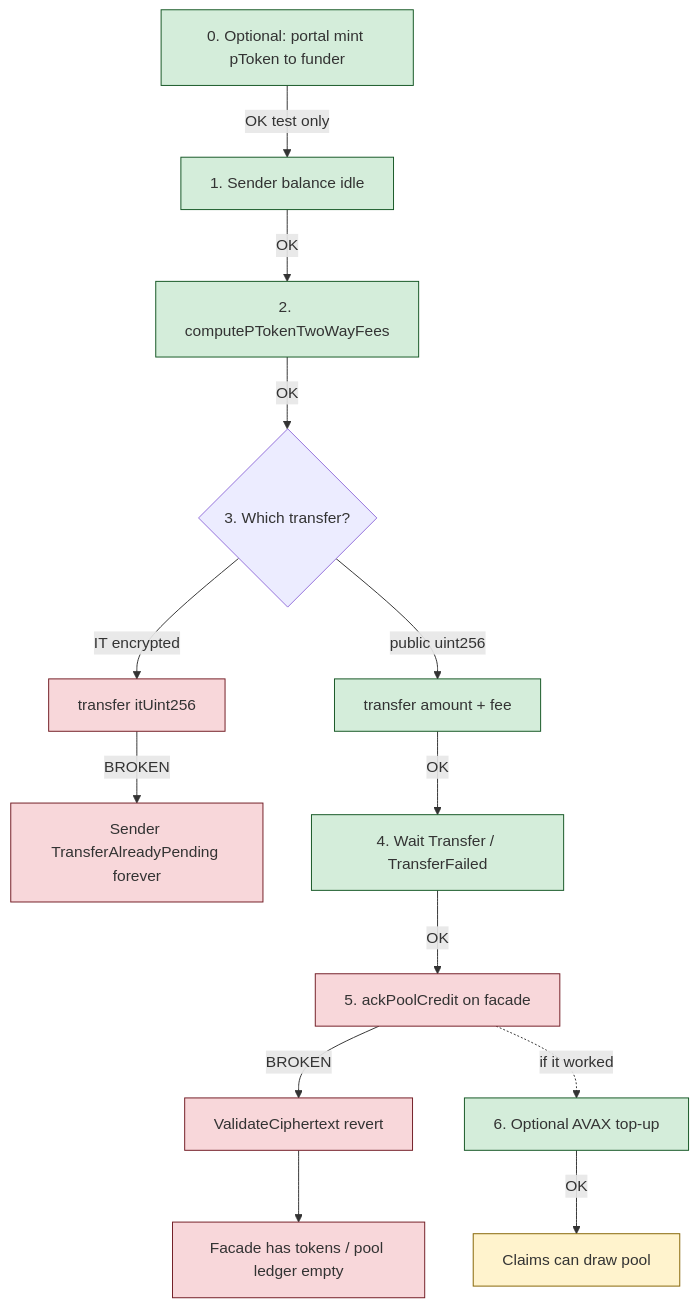
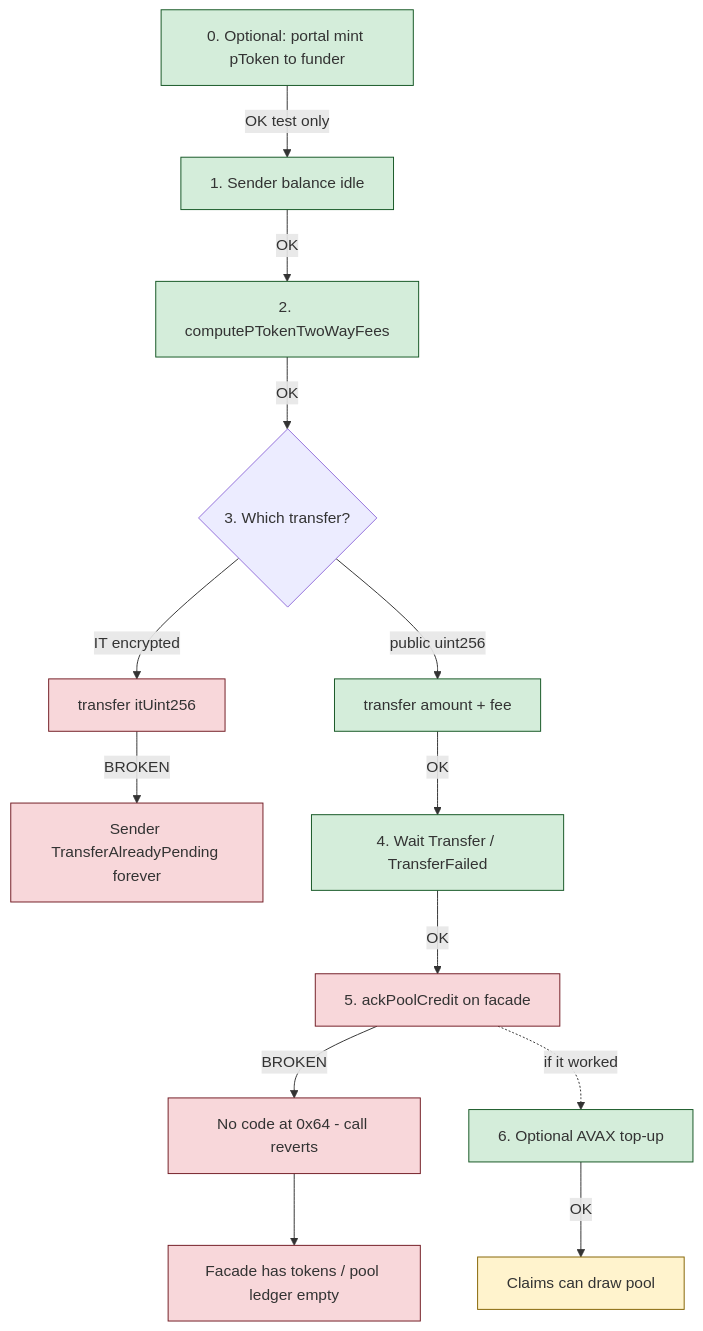
One commit to cotitech-io/hrpayroll-ui changed the third of 4 diagrams in ui/docs/fundCampaign.md. Above: the diagram before and after it, drawn with Mermaid. The commit also changed other lines of this file and 1 other file, not shown here.

First line of the commit message:
Correct ackPoolCredit root cause: no code at 0x64 on Fuji, not missing MPC registration

````diff
--- a/ui/docs/fundCampaign.md
+++ b/ui/docs/fundCampaign.md
@@ -130,28 +153,28 @@
 ```mermaid
 flowchart TD
   A[0. Optional: portal mint pToken to funder] -->|OK test only| B[1. Sender balance idle]
   B -->|OK| C[2. computePTokenTwoWayFees]
   C -->|OK| D{3. Which transfer?}
   D -->|IT encrypted| E[transfer itUint256]
   D -->|public uint256| F[transfer amount + fee]
   E -->|BROKEN| Stuck[Sender TransferAlreadyPending forever]
   F -->|OK| G[4. Wait Transfer / TransferFailed]
   G -->|OK| H[5. ackPoolCredit on facade]
-  H -->|BROKEN| I[ValidateCiphertext revert]
+  H -->|BROKEN| I[No code at 0x64 - call reverts]
   I --> J[Facade has tokens / pool ledger empty]
   H -.->|if it worked| K[6. Optional AVAX top-up]
   K -->|OK| L[Claims can draw pool]
 
   style E fill:#f8d7da,stroke:#721c24
   style Stuck fill:#f8d7da,stroke:#721c24
   style H fill:#f8d7da,stroke:#721c24
   style I fill:#f8d7da,stroke:#721c24
   style J fill:#f8d7da,stroke:#721c24
   style A fill:#d4edda,stroke:#155724
   style B fill:#d4edda,stroke:#155724
   style C fill:#d4edda,stroke:#155724
   style F fill:#d4edda,stroke:#155724
   style G fill:#d4edda,stroke:#155724
   style K fill:#d4edda,stroke:#155724
   style L fill:#fff3cd,stroke:#856404
 ```
````
